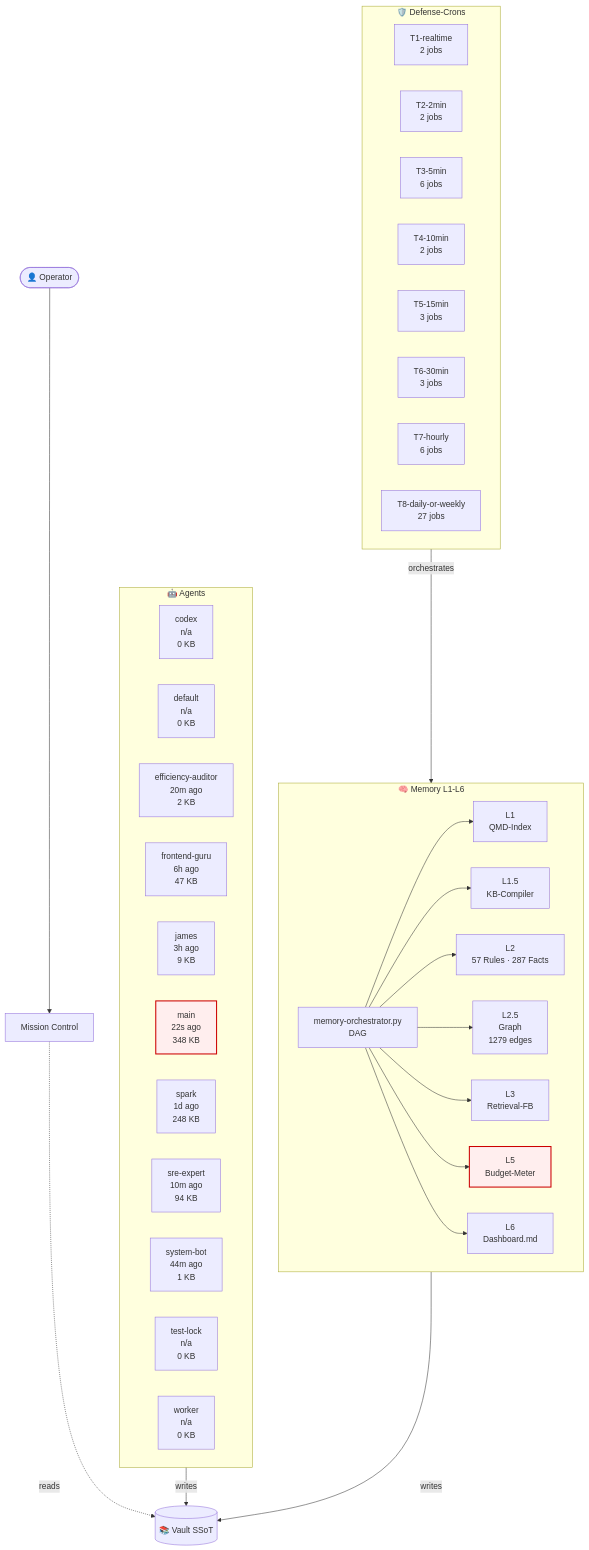
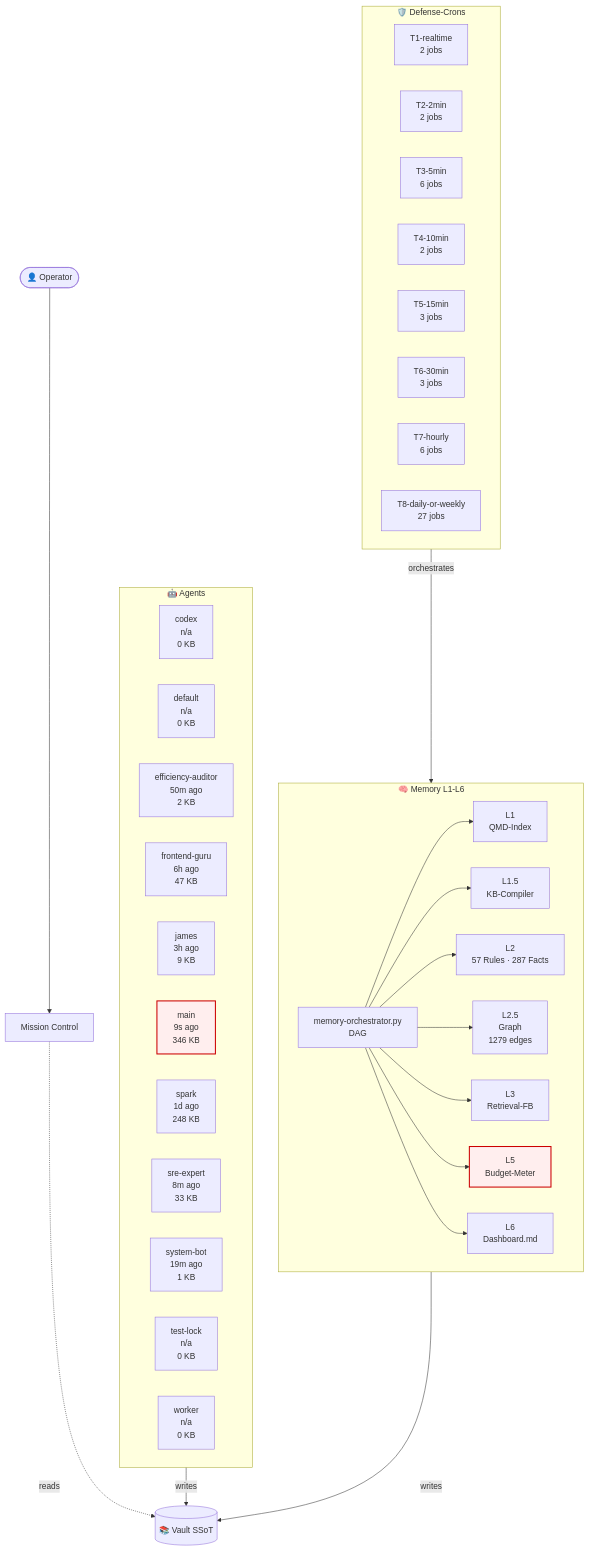
One commit to lenardhuebner88-rgb/openclaw-memory changed the diagram in 03-Agents/architecture-live.md. Above: the diagram before and after it, drawn with Mermaid. The commit also changed other lines of this file and 18 other files, not shown here.

````diff
--- a/03-Agents/architecture-live.md
+++ b/03-Agents/architecture-live.md
@@ -18,54 +18,54 @@
 ```mermaid
 flowchart TB
     classDef critical fill:#fee,stroke:#c00,stroke-width:2px;
     subgraph AGT["🤖 Agents"]
         agent_codex["codex<br/>n/a<br/>0 KB"]
         agent_default["default<br/>n/a<br/>0 KB"]
-        agent_efficiency_auditor["efficiency-auditor<br/>20m ago<br/>2 KB"]
+        agent_efficiency_auditor["efficiency-auditor<br/>50m ago<br/>2 KB"]
         agent_frontend_guru["frontend-guru<br/>6h ago<br/>47 KB"]
         agent_james["james<br/>3h ago<br/>9 KB"]
-        agent_main["main<br/>22s ago<br/>348 KB"]
+        agent_main["main<br/>9s ago<br/>346 KB"]
         agent_spark["spark<br/>1d ago<br/>248 KB"]
-        agent_sre_expert["sre-expert<br/>10m ago<br/>94 KB"]
-        agent_system_bot["system-bot<br/>44m ago<br/>1 KB"]
+        agent_sre_expert["sre-expert<br/>8m ago<br/>33 KB"]
+        agent_system_bot["system-bot<br/>19m ago<br/>1 KB"]
         agent_test_lock["test-lock<br/>n/a<br/>0 KB"]
         agent_worker["worker<br/>n/a<br/>0 KB"]
     end
     subgraph MEM["🧠 Memory L1-L6"]
         L1["L1<br/>QMD-Index"]
         L15["L1.5<br/>KB-Compiler"]
         L2["L2<br/>57 Rules · 287 Facts"]
         L25["L2.5<br/>Graph<br/>1279 edges"]
         L3["L3<br/>Retrieval-FB"]
         L5["L5<br/>Budget-Meter"]
         L6["L6<br/>Dashboard.md"]
         ORCH["memory-orchestrator.py<br/>DAG"]
     end
     subgraph CRN["🛡️ Defense-Crons"]
         tier_T1_realtime["T1-realtime<br/>2 jobs"]
         tier_T2_2min["T2-2min<br/>2 jobs"]
         tier_T3_5min["T3-5min<br/>6 jobs"]
         tier_T4_10min["T4-10min<br/>2 jobs"]
         tier_T5_15min["T5-15min<br/>3 jobs"]
         tier_T6_30min["T6-30min<br/>3 jobs"]
         tier_T7_hourly["T7-hourly<br/>6 jobs"]
         tier_T8_daily_or_weekly["T8-daily-or-weekly<br/>27 jobs"]
     end
     VAULT[("📚 Vault SSoT")]
     OP([👤 Operator])
     MC["Mission Control"]
     OP --> MC
     MC -.reads.-> VAULT
     AGT -->|writes| VAULT
     MEM -->|writes| VAULT
     ORCH --> L1
     ORCH --> L15
     ORCH --> L2
     ORCH --> L25
     ORCH --> L3
     ORCH --> L5
     ORCH --> L6
     CRN -->|orchestrates| MEM
     class L5 critical
     class agent_main critical
 ```
````
